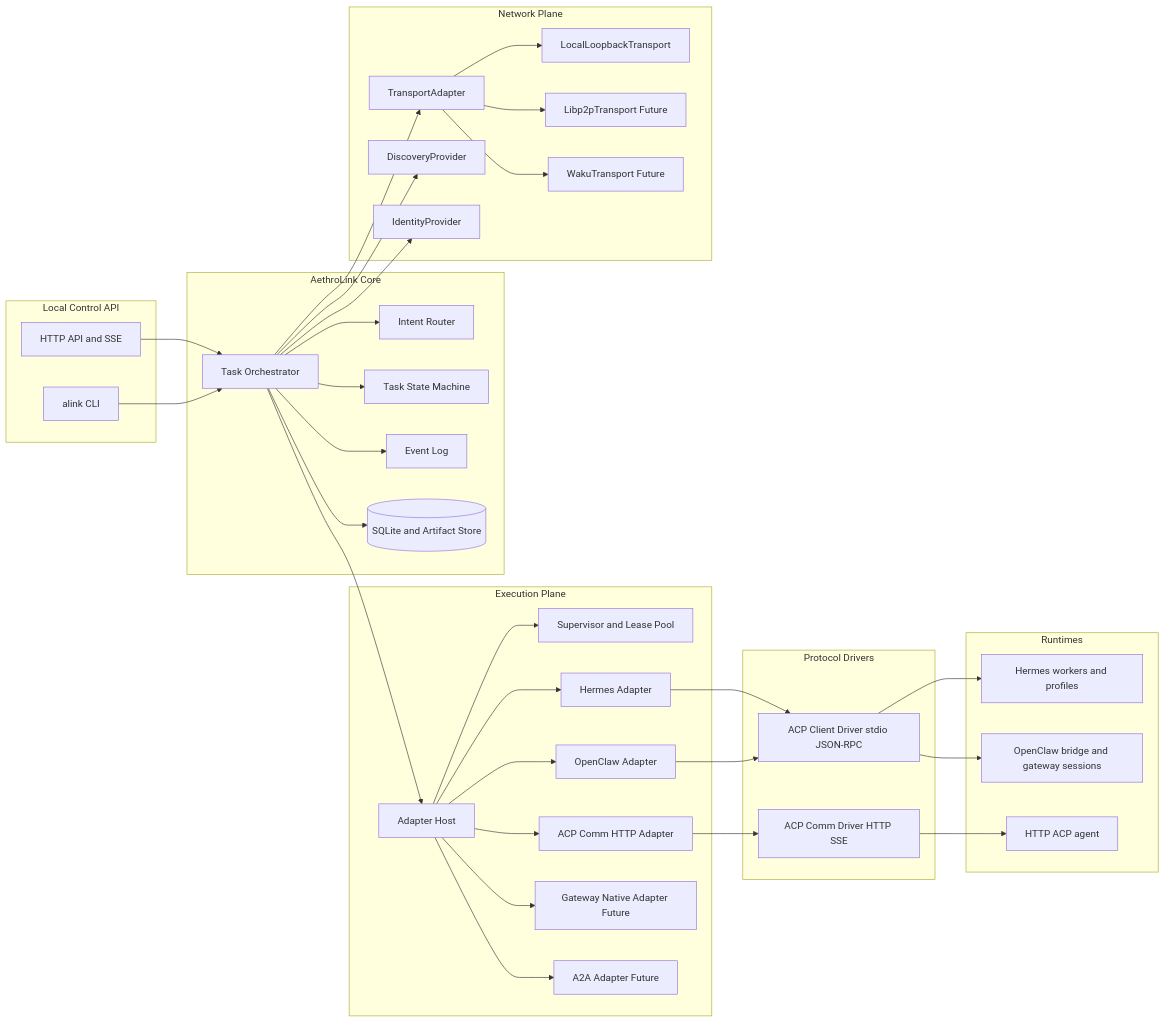
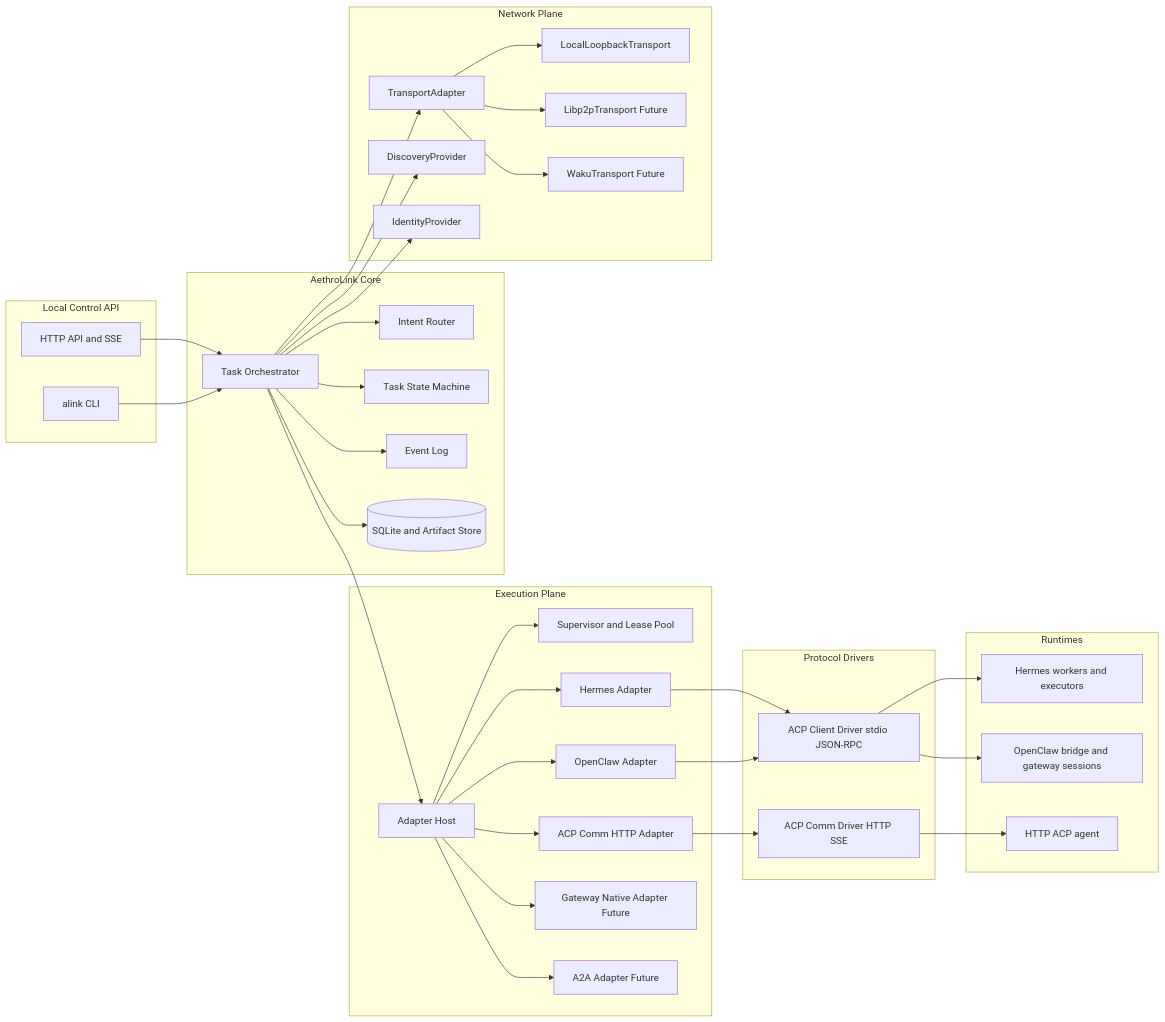
One commit to AethroLink/aethrolink-core changed the diagram in docs/overview.md. Above: the diagram before and after it, drawn with Mermaid. The commit also changed other lines of this file and 38 other files, not shown here.

Commit message:
Refactor the ACP adapter into a layered local-runtime architecture

````diff
--- a/docs/overview.md
+++ b/docs/overview.md
@@ -87,76 +87,76 @@
 ```mermaid
 flowchart LR
 
   subgraph API[Local Control API]
     HTTP[HTTP API and SSE]
     CLI[alink CLI]
   end
 
   subgraph CORE[AethroLink Core]
     ORCH[Task Orchestrator]
     ROUTER[Intent Router]
     STATE[Task State Machine]
     EVT[Event Log]
     STORE[(SQLite and Artifact Store)]
   end
 
   subgraph EXEC[Execution Plane]
     ADH[Adapter Host]
     SUP[Supervisor and Lease Pool]
     H[Hermes Adapter]
     O[OpenClaw Adapter]
     C[ACP Comm HTTP Adapter]
     G[Gateway Native Adapter Future]
     A2A[A2A Adapter Future]
   end
 
   subgraph DRIVERS[Protocol Drivers]
     ACPL[ACP Client Driver stdio JSON-RPC]
     ACPC[ACP Comm Driver HTTP SSE]
   end
 
   subgraph NET[Network Plane]
     TX[TransportAdapter]
     DISC[DiscoveryProvider]
     ID[IdentityProvider]
     LOOP[LocalLoopbackTransport]
     P2P[Libp2pTransport Future]
     WAKU[WakuTransport Future]
   end
 
   subgraph RT[Runtimes]
-    HERMES[Hermes workers and profiles]
+    HERMES[Hermes workers and executors]
     OC[OpenClaw bridge and gateway sessions]
     HTTPAG[HTTP ACP agent]
   end
 
   HTTP --> ORCH
   CLI --> ORCH
   ORCH --> ROUTER
   ORCH --> STATE
   ORCH --> EVT
   ORCH --> STORE
   ORCH --> ADH
   ORCH --> TX
   ORCH --> DISC
   ORCH --> ID
 
   ADH --> SUP
   ADH --> H
   ADH --> O
   ADH --> C
   ADH --> G
   ADH --> A2A
 
   H --> ACPL
   O --> ACPL
   C --> ACPC
 
   ACPL --> HERMES
   ACPL --> OC
   ACPC --> HTTPAG
 
   TX --> LOOP
   TX --> P2P
   TX --> WAKU
 ```
````
